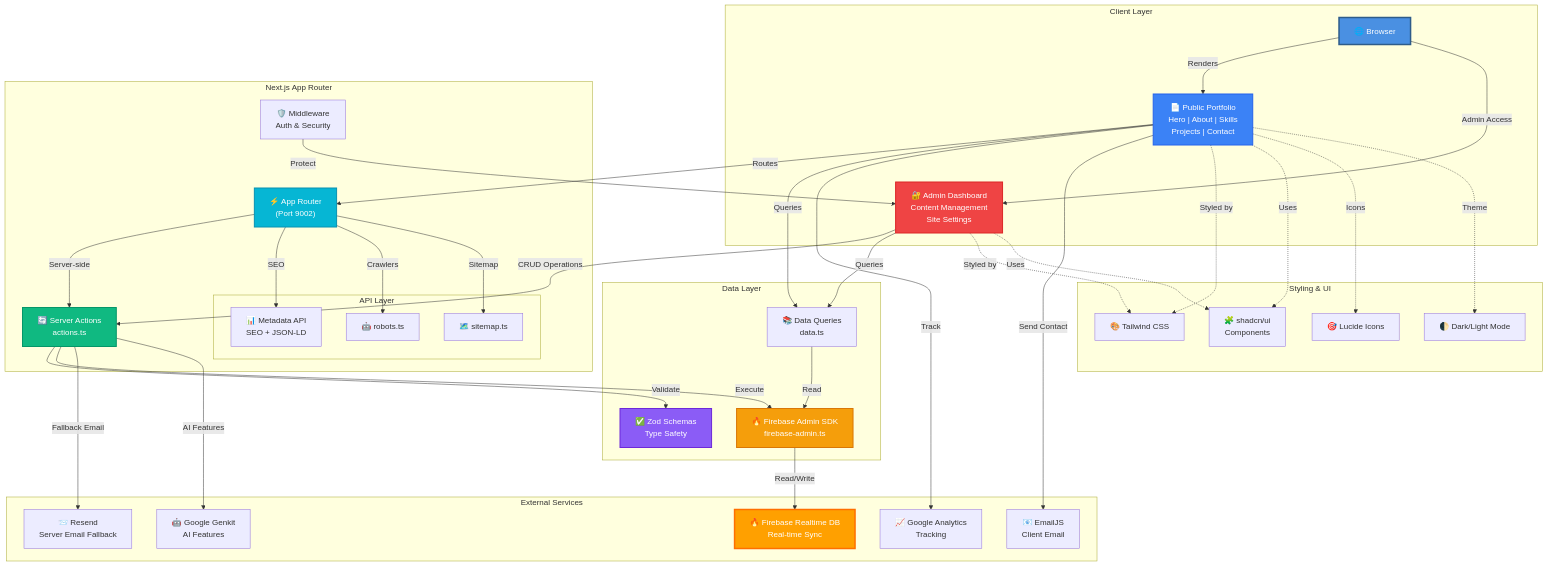
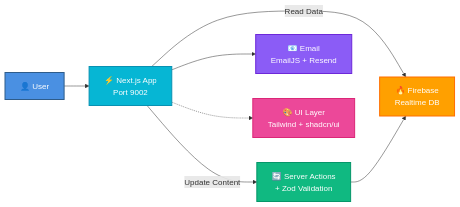
Before and after one commit to KunalGupta25/Bytefolio: the diagram in README.md, drawn with Mermaid. The commit also changed other lines of this file, not shown here.

Commit message:
Simplify architecture diagram for better readability

````diff
--- a/README.md
+++ b/README.md
@@ -56,84 +56,17 @@
 ```mermaid
-graph TB
-    subgraph "Client Layer"
-        Browser["🌐 Browser"]
-        PublicPages["📄 Public Portfolio<br/>Hero | About | Skills<br/>Projects | Contact"]
-        AdminDashboard["🔐 Admin Dashboard<br/>Content Management<br/>Site Settings"]
-    end
-
-    subgraph "Next.js App Router"
-        AppRouter["⚡ App Router<br/>(Port 9002)"]
-        ServerActions["🔄 Server Actions<br/>actions.ts"]
-        Middleware["🛡️ Middleware<br/>Auth & Security"]
-        
-        subgraph "API Layer"
-            MetadataAPI["📊 Metadata API<br/>SEO + JSON-LD"]
-            RobotsAPI["🤖 robots.ts"]
-            SitemapAPI["🗺️ sitemap.ts"]
-        end
-    end
-
-    subgraph "Data Layer"
-        FirebaseAdmin["🔥 Firebase Admin SDK<br/>firebase-admin.ts"]
-        DataQueries["📚 Data Queries<br/>data.ts"]
-        Validation["✅ Zod Schemas<br/>Type Safety"]
-    end
-
-    subgraph "External Services"
-        Firebase["🔥 Firebase Realtime DB<br/>Real-time Sync"]
-        EmailJS["📧 EmailJS<br/>Client Email"]
-        Resend["📨 Resend<br/>Server Email Fallback"]
-        Analytics["📈 Google Analytics<br/>Tracking"]
-        Genkit["🤖 Google Genkit<br/>AI Features"]
-    end
-
-    subgraph "Styling & UI"
-        Tailwind["🎨 Tailwind CSS"]
-        Shadcn["🧩 shadcn/ui<br/>Components"]
-        LucideIcons["🎯 Lucide Icons"]
-        ThemeSystem["🌓 Dark/Light Mode"]
-    end
-
-    Browser -->|Renders| PublicPages
-    Browser -->|Admin Access| AdminDashboard
+graph LR
+    User["👤 User"] --> App["⚡ Next.js App<br/>Port 9002"]
+    App --> |"Read Data"| Firebase["🔥 Firebase<br/>Realtime DB"]
+    App --> |"Update Content"| Actions["🔄 Server Actions<br/>+ Zod Validation"]
+    Actions --> Firebase
     
-    PublicPages -->|Routes| AppRouter
-    AdminDashboard -->|CRUD Operations| ServerActions
+    App --> Email["📧 Email<br/>EmailJS + Resend"]
+    App -.-> UI["🎨 UI Layer<br/>Tailwind + shadcn/ui"]
     
-    AppRouter -->|Server-side| ServerActions
-    AppRouter -->|SEO| MetadataAPI
-    AppRouter -->|Crawlers| RobotsAPI
-    AppRouter -->|Sitemap| SitemapAPI
-    
-    ServerActions -->|Validate| Validation
-    ServerActions -->|Execute| FirebaseAdmin
-    
-    PublicPages -->|Queries| DataQueries
-    AdminDashboard -->|Queries| DataQueries
-    
-    DataQueries -->|Read| FirebaseAdmin
-    Middleware -->|Protect| AdminDashboard
-    
-    FirebaseAdmin -->|Read/Write| Firebase
-    
-    PublicPages -->|Track| Analytics
-    PublicPages -->|Send Contact| EmailJS
-    ServerActions -->|Fallback Email| Resend
-    ServerActions -->|AI Features| Genkit
-    
-    PublicPages -.->|Styled by| Tailwind
-    AdminDashboard -.->|Styled by| Tailwind
-    PublicPages -.->|Uses| Shadcn
-    AdminDashboard -.->|Uses| Shadcn
-    PublicPages -.->|Icons| LucideIcons
-    PublicPages -.->|Theme| ThemeSystem
-
-    style Browser fill:#4A90E2,stroke:#2E5C8A,stroke-width:3px,color:#fff
-    style Firebase fill:#FFA000,stroke:#FF6F00,stroke-width:3px,color:#fff
-    style ServerActions fill:#10B981,stroke:#059669,stroke-width:2px,color:#fff
-    style FirebaseAdmin fill:#F59E0B,stroke:#D97706,stroke-width:2px,color:#fff
-    style Validation fill:#8B5CF6,stroke:#6D28D9,stroke-width:2px,color:#fff
-    style AdminDashboard fill:#EF4444,stroke:#DC2626,stroke-width:2px,color:#fff
-    style PublicPages fill:#3B82F6,stroke:#2563EB,stroke-width:2px,color:#fff
-    style AppRouter fill:#06B6D4,stroke:#0891B2,stroke-width:2px,color:#fff
+    style User fill:#4A90E2,stroke:#2E5C8A,stroke-width:2px,color:#fff
+    style App fill:#06B6D4,stroke:#0891B2,stroke-width:2px,color:#fff
+    style Actions fill:#10B981,stroke:#059669,stroke-width:2px,color:#fff
+    style Firebase fill:#FFA000,stroke:#FF6F00,stroke-width:2px,color:#fff
+    style Email fill:#8B5CF6,stroke:#6D28D9,stroke-width:2px,color:#fff
+    style UI fill:#EC4899,stroke:#DB2777,stroke-width:2px,color:#fff
 ```
````
